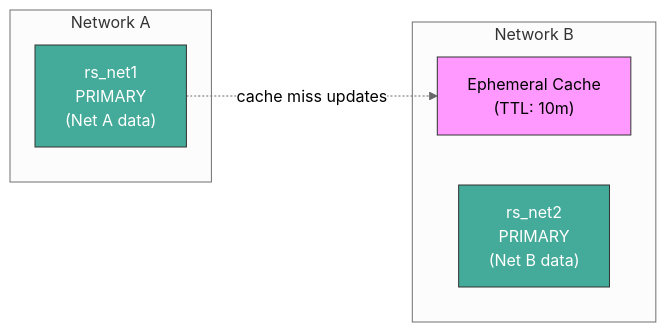
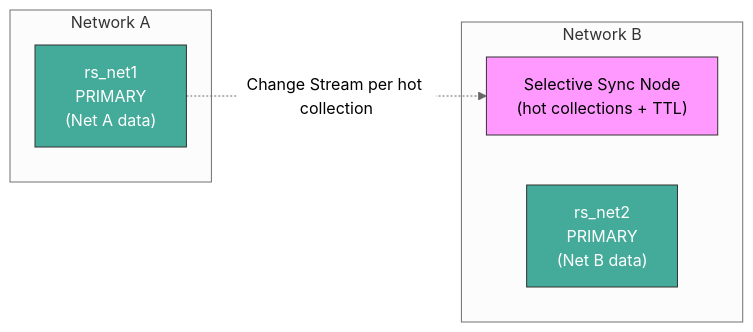
Before and after one commit to poioe20p/efficient-storage-in-edge-scenarios: the fourth of 7 diagrams in docs/operation/system_mechanisms.md, drawn with Mermaid (neutral theme). The commit also changed other lines of this file and 44 other files, not shown here.

````diff
--- a/docs/operation/system_mechanisms.md
+++ b/docs/operation/system_mechanisms.md
@@ -285,16 +185,16 @@
 ```mermaid
 graph LR
     subgraph Network A
         RS1_P2["rs_net1<br/>PRIMARY<br/>(Net A data)"]
     end
     subgraph Network B
-        RS1_C["Ephemeral Cache<br/>(TTL: 10m)"]
+        RS1_C["Selective Sync Node<br/>(hot collections + TTL)"]
         RS2_P2["rs_net2<br/>PRIMARY<br/>(Net B data)"]
     end
 
-    RS1_P2 -.->|"cache miss updates"| RS1_C
+    RS1_P2 -.->|"Change Stream per hot collection"| RS1_C
 
     style RS1_P2 fill:#4a9,stroke:#333,color:#fff
     style RS1_C fill:#f9f,stroke:#333,color:#000
     style RS2_P2 fill:#4a9,stroke:#333,color:#fff
 ```
````
